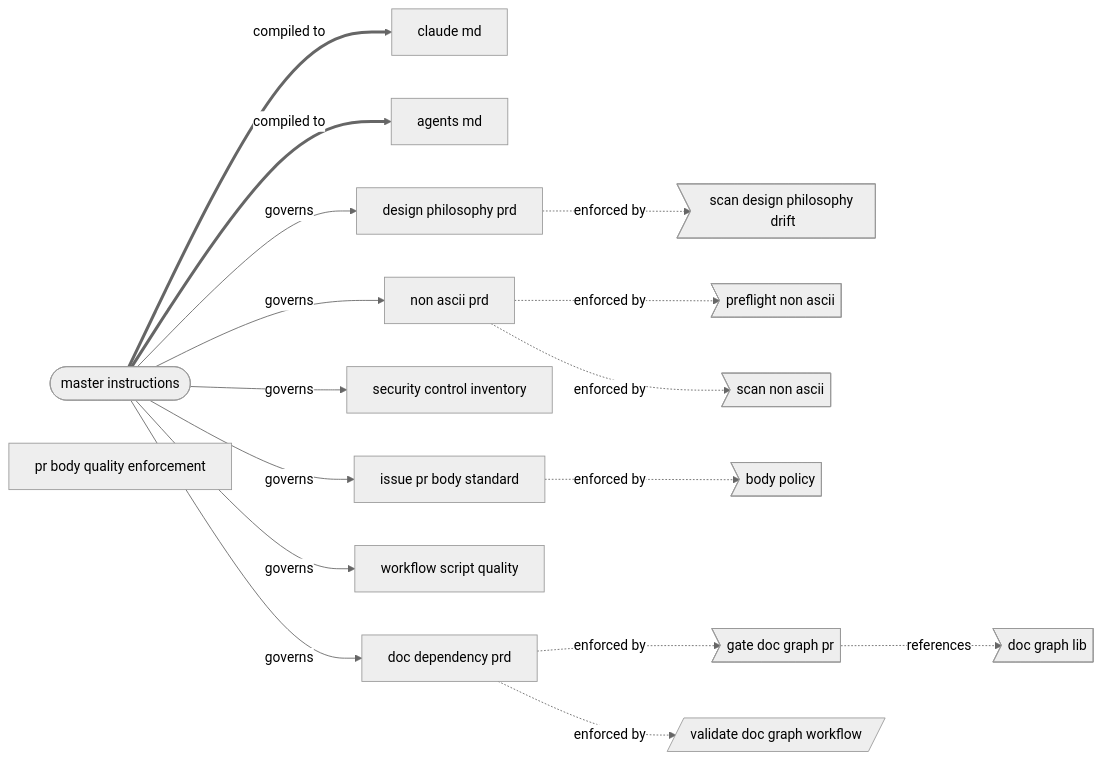
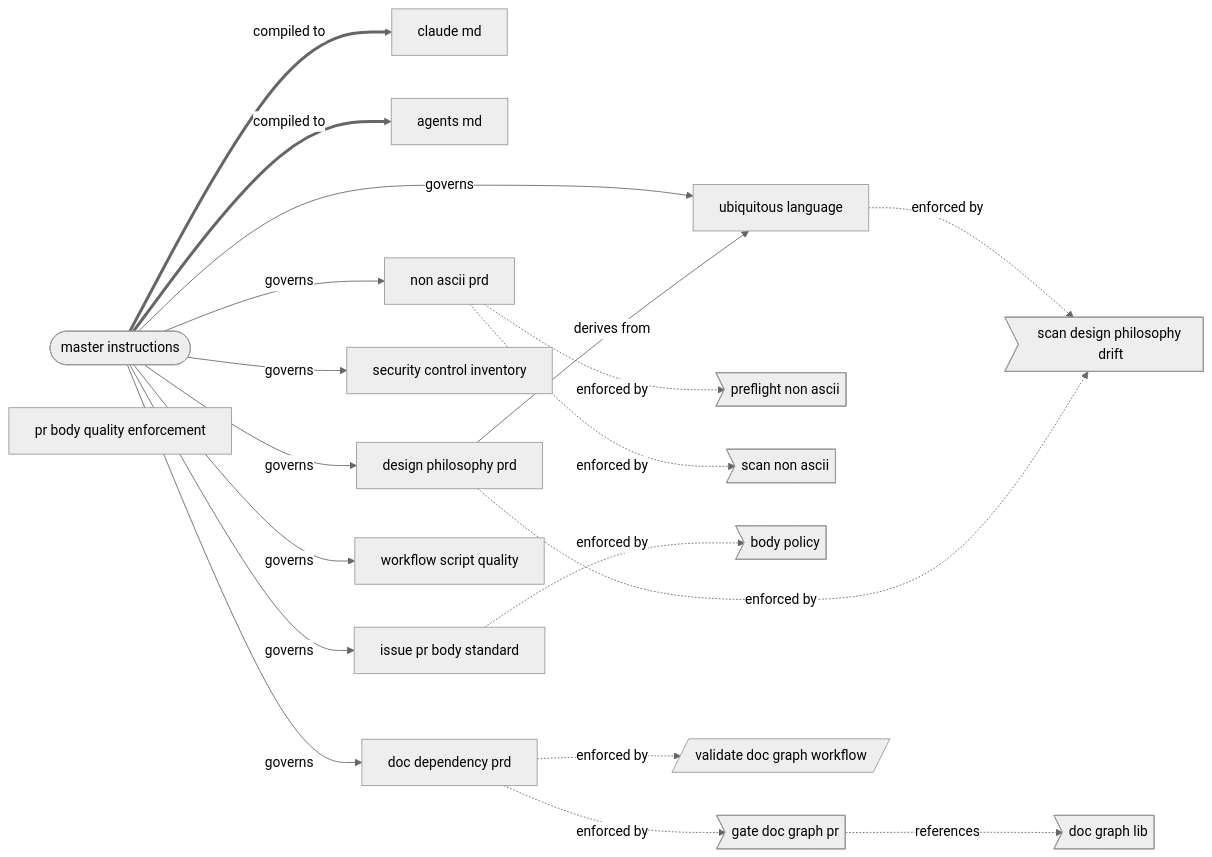
The diagram in docs/generated/graph/doc-dependency-graph.md (tvna/claude-md), drawn with Mermaid (neutral theme) before and after one commit. The commit also changed other lines of this file and 1 other file, not shown here.

Commit message:
docs(generated): regenerate decision tree and workflow diagrams
Refs #960

````diff
--- a/docs/generated/graph/doc-dependency-graph.md
+++ b/docs/generated/graph/doc-dependency-graph.md
@@ -8,35 +8,39 @@
 ```mermaid
 flowchart LR
     master_instructions(["master instructions"])
     claude_md["claude md"]
     agents_md["agents md"]
     design_philosophy_prd["design philosophy prd"]
     non_ascii_prd["non ascii prd"]
     security_control_inventory["security control inventory"]
     issue_pr_body_standard["issue pr body standard"]
     workflow_script_quality["workflow script quality"]
     pr_body_quality_enforcement["pr body quality enforcement"]
     doc_dependency_prd["doc dependency prd"]
+    ubiquitous_language["ubiquitous language"]
     scan_design_philosophy_drift>"scan design philosophy drift"]
     preflight_non_ascii>"preflight non ascii"]
     scan_non_ascii>"scan non ascii"]
     body_policy>"body policy"]
     gate_doc_graph_pr>"gate doc graph pr"]
     doc_graph_lib>"doc graph lib"]
     validate_doc_graph_workflow[/"validate doc graph workflow"/]
     master_instructions ==>|compiled to| claude_md
     master_instructions ==>|compiled to| agents_md
     master_instructions -->|governs| design_philosophy_prd
     master_instructions -->|governs| non_ascii_prd
     master_instructions -->|governs| security_control_inventory
     master_instructions -->|governs| issue_pr_body_standard
     master_instructions -->|governs| workflow_script_quality
     master_instructions -->|governs| doc_dependency_prd
+    master_instructions -->|governs| ubiquitous_language
+    design_philosophy_prd -->|derives from| ubiquitous_language
+    ubiquitous_language -.->|enforced by| scan_design_philosophy_drift
     design_philosophy_prd -.->|enforced by| scan_design_philosophy_drift
     non_ascii_prd -.->|enforced by| preflight_non_ascii
     non_ascii_prd -.->|enforced by| scan_non_ascii
     issue_pr_body_standard -.->|enforced by| body_policy
     doc_dependency_prd -.->|enforced by| gate_doc_graph_pr
     doc_dependency_prd -.->|enforced by| validate_doc_graph_workflow
     gate_doc_graph_pr -.->|references| doc_graph_lib
 ```
````
